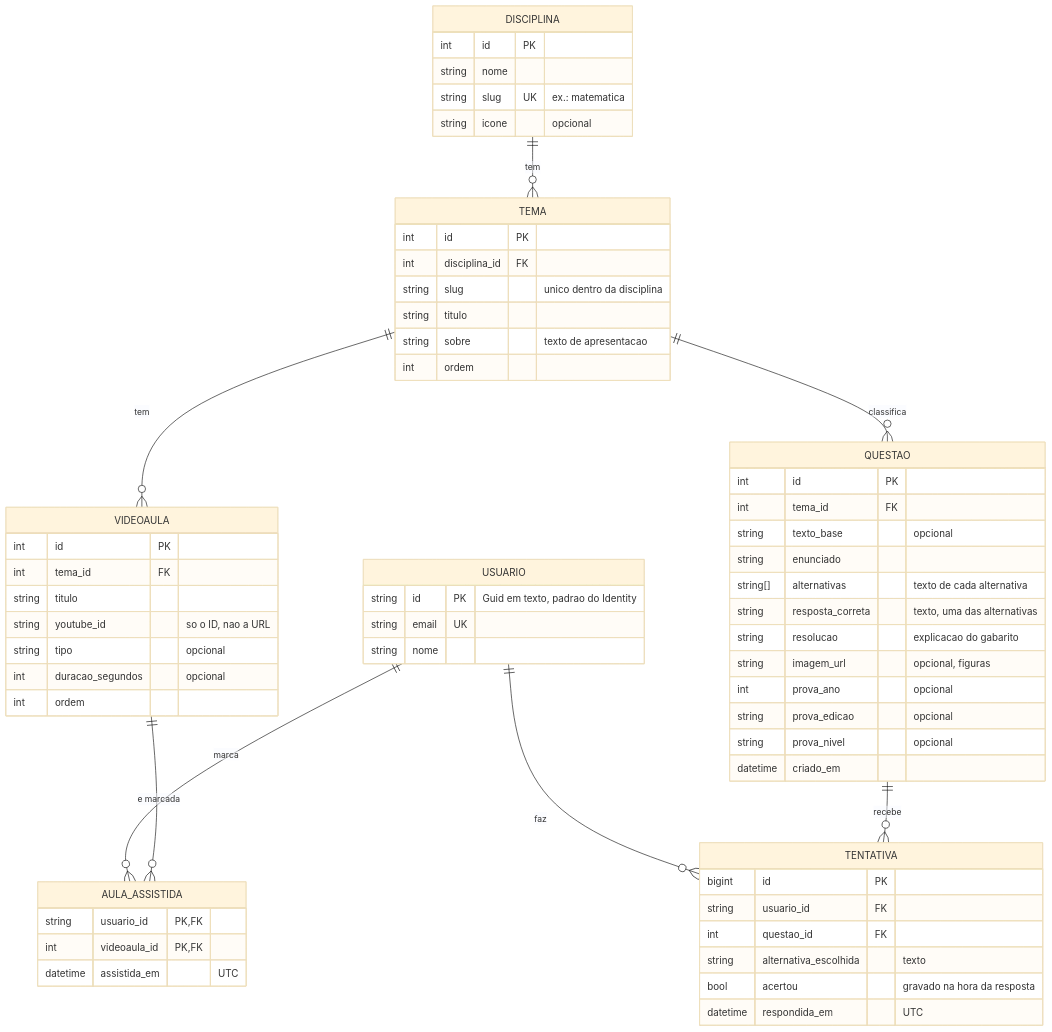
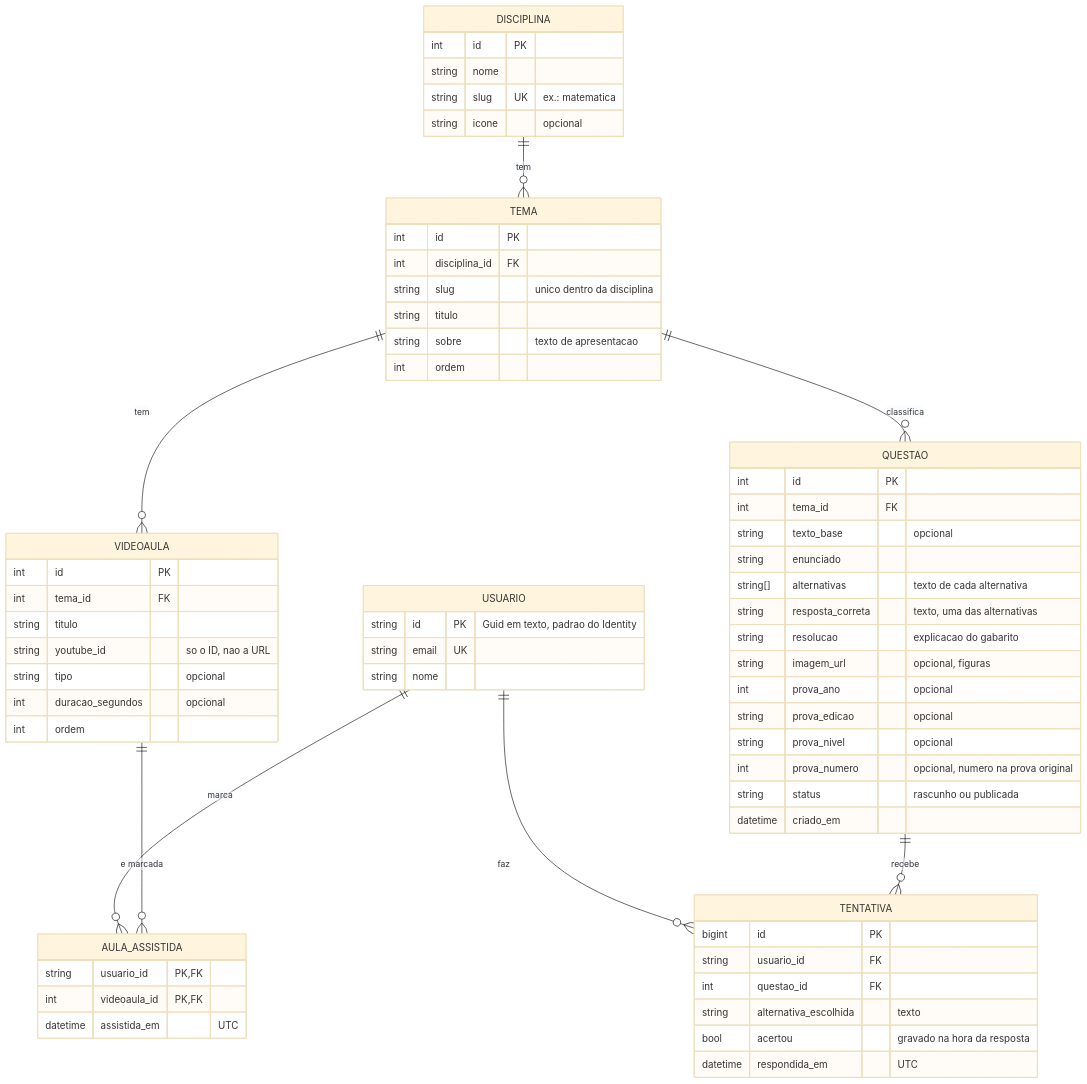
One commit to IsabellaValim/upx6-projeto changed the diagram in backend/DatabaseDocs/ModelodeDados.md. Above: the diagram before and after it, drawn with Mermaid (base theme). The commit also changed other lines of this file and 1 other file, not shown here.

First line of the commit message:
docs: adiciona status e prova_numero em Questao e convencoes de conteudo

````diff
--- a/backend/DatabaseDocs/ModelodeDados.md
+++ b/backend/DatabaseDocs/ModelodeDados.md
@@ -25,72 +28,74 @@
 ```mermaid
 erDiagram
     DISCIPLINA ||--o{ TEMA : "tem"
     TEMA ||--o{ VIDEOAULA : "tem"
     TEMA ||--o{ QUESTAO : "classifica"
     USUARIO ||--o{ TENTATIVA : "faz"
     QUESTAO ||--o{ TENTATIVA : "recebe"
     USUARIO ||--o{ AULA_ASSISTIDA : "marca"
     VIDEOAULA ||--o{ AULA_ASSISTIDA : "e marcada"
 
     DISCIPLINA {
         int id PK
         string nome
         string slug UK "ex.: matematica"
         string icone "opcional"
     }
 
     TEMA {
         int id PK
         int disciplina_id FK
         string slug "unico dentro da disciplina"
         string titulo
         string sobre "texto de apresentacao"
         int ordem
     }
 
     VIDEOAULA {
         int id PK
         int tema_id FK
         string titulo
         string youtube_id "so o ID, nao a URL"
         string tipo "opcional"
         int duracao_segundos "opcional"
         int ordem
     }
 
     QUESTAO {
         int id PK
         int tema_id FK
         string texto_base "opcional"
         string enunciado
         string[] alternativas "texto de cada alternativa"
         string resposta_correta "texto, uma das alternativas"
         string resolucao "explicacao do gabarito"
         string imagem_url "opcional, figuras"
         int prova_ano "opcional"
         string prova_edicao "opcional"
         string prova_nivel "opcional"
+        int prova_numero "opcional, numero na prova original"
+        string status "rascunho ou publicada"
         datetime criado_em
     }
 
     USUARIO {
         string id PK "Guid em texto, padrao do Identity"
         string email UK
         string nome
     }
 
     TENTATIVA {
         bigint id PK
         string usuario_id FK
         int questao_id FK
         string alternativa_escolhida "texto"
         bool acertou "gravado na hora da resposta"
         datetime respondida_em "UTC"
     }
 
     AULA_ASSISTIDA {
         string usuario_id PK, FK
         int videoaula_id PK, FK
         datetime assistida_em "UTC"
     }
 ```
````
